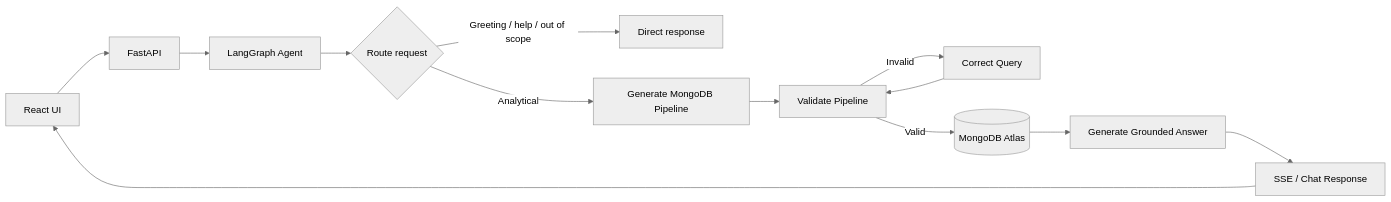
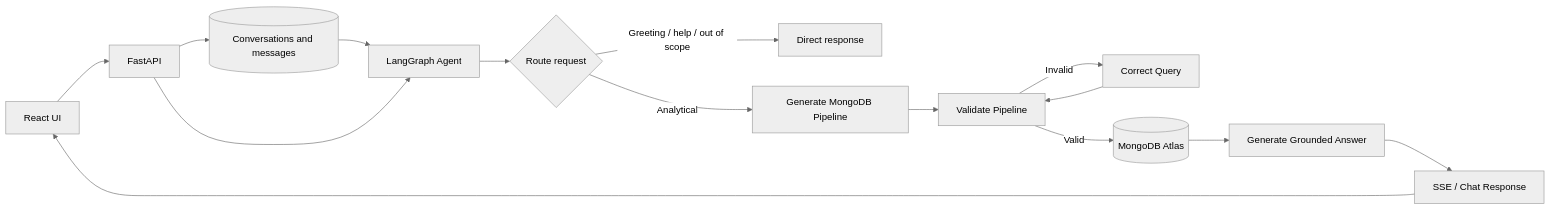
Before and after one commit to abdalrahmanalmahrouq/procurement-ai-assistant: the diagram in README.md, drawn with Mermaid (neutral theme). The commit also changed other lines of this file and 3 other files, not shown here.

````diff
--- a/README.md
+++ b/README.md
@@ -42,15 +43,17 @@
 ```mermaid
 flowchart LR
     U[React UI] --> API[FastAPI]
+    API --> H[(Conversations and messages)]
+    H --> G
     API --> G[LangGraph Agent]
     G --> R{Route request}
     R -->|Greeting / help / out of scope| D[Direct response]
     R -->|Analytical| Q[Generate MongoDB Pipeline]
     Q --> V[Validate Pipeline]
     V -->|Invalid| C[Correct Query]
     C --> V
     V -->|Valid| M[(MongoDB Atlas)]
     M --> A[Generate Grounded Answer]
     A --> S[SSE / Chat Response]
     S --> U
 ```
````
